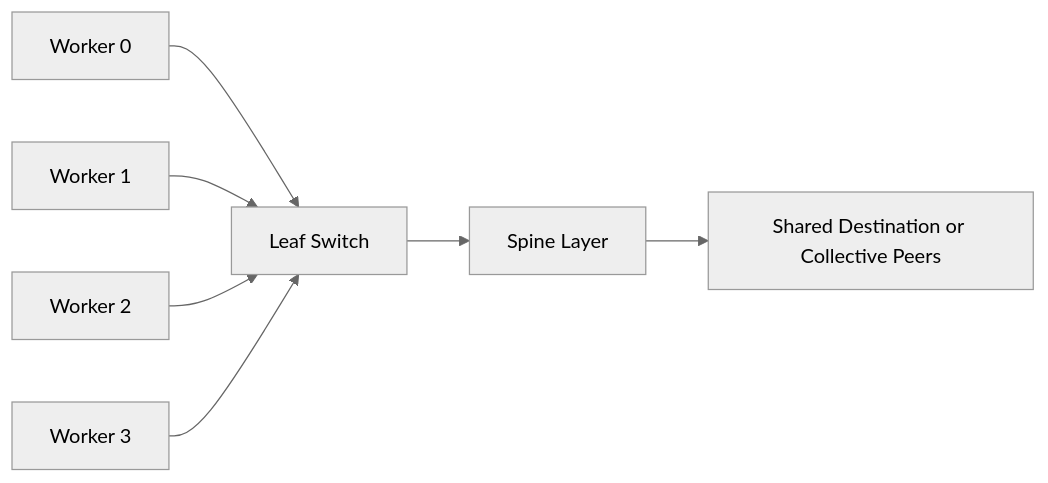
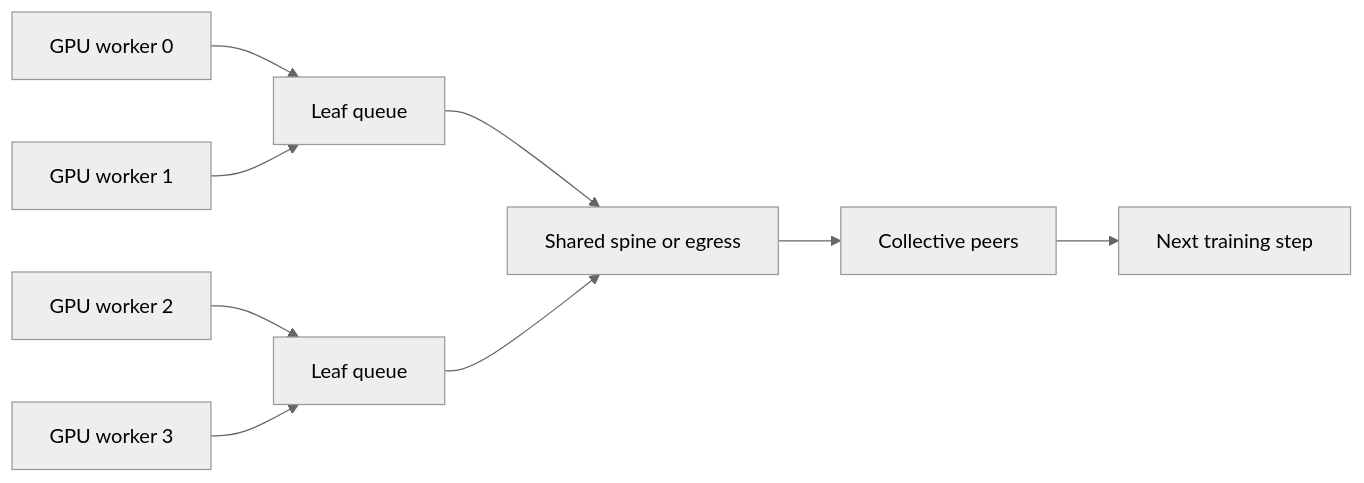
The first of 2 diagrams in docs/nvidia-zero-to-hero/volume-09/chapter-01-why-ethernet-for-ai-is-different.md (jithinpnjm/nvidia-devops), drawn with Mermaid (neutral theme) before and after one commit. The commit also changed other lines of this file and 2 other files, not shown here.

````diff
--- a/docs/nvidia-zero-to-hero/volume-09/chapter-01-why-ethernet-for-ai-is-different.md
+++ b/docs/nvidia-zero-to-hero/volume-09/chapter-01-why-ethernet-for-ai-is-different.md
@@ -32,16 +47,11 @@
 ```mermaid
 flowchart LR
-    W0[Worker 0]
-    W1[Worker 1]
-    W2[Worker 2]
-    W3[Worker 3]
-    Leaf[Leaf Switch]
-    Spine[Spine Layer]
-    Dest[Shared Destination or Collective Peers]
-
-    W0 --> Leaf
-    W1 --> Leaf
-    W2 --> Leaf
-    W3 --> Leaf
-    Leaf --> Spine --> Dest
+    G0[GPU worker 0] --> L0[Leaf queue]
+    G1[GPU worker 1] --> L0
+    G2[GPU worker 2] --> L1[Leaf queue]
+    G3[GPU worker 3] --> L1
+    L0 --> S[Shared spine or egress]
+    L1 --> S
+    S --> R[Collective peers]
+    R --> B[Next training step]
 ```
````
